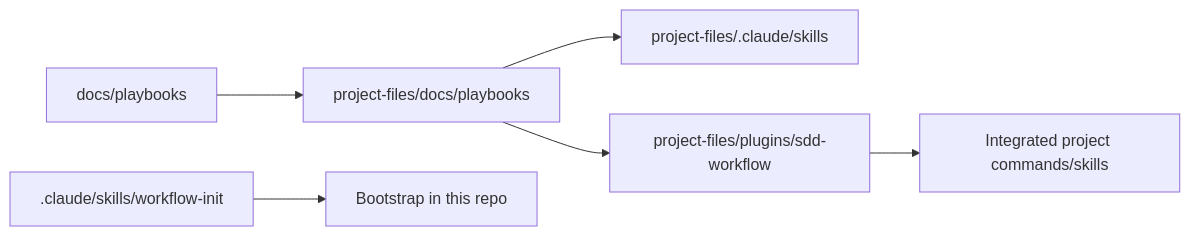
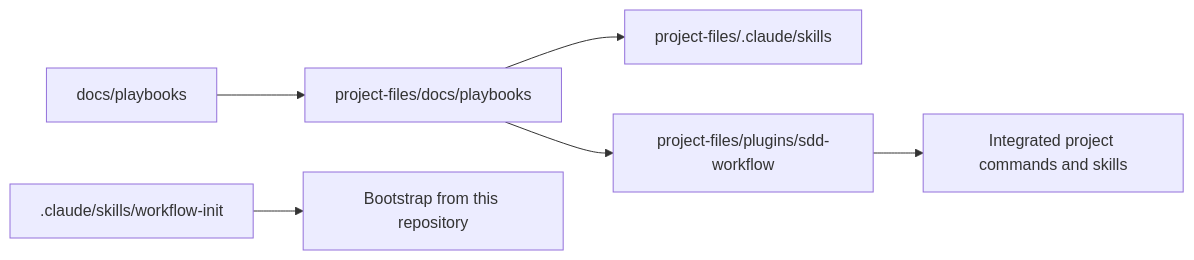
The diagram in docs/architecture.md (avatarsik6699/sdd-workflow), drawn with Mermaid before and after one commit. The commit also changed other lines of this file and 21 other files, not shown here.

````diff
--- a/docs/architecture.md
+++ b/docs/architecture.md
@@ -3,8 +3,8 @@
 ```mermaid
 flowchart LR
   A[docs/playbooks] --> B[project-files/docs/playbooks]
   B --> C[project-files/.claude/skills]
   B --> D[project-files/plugins/sdd-workflow]
-  E[.claude/skills/workflow-init] --> F[Bootstrap in this repo]
-  D --> G[Integrated project commands/skills]
+  E[.claude/skills/workflow-init] --> F[Bootstrap from this repository]
+  D --> G[Integrated project commands and skills]
 ```
````
